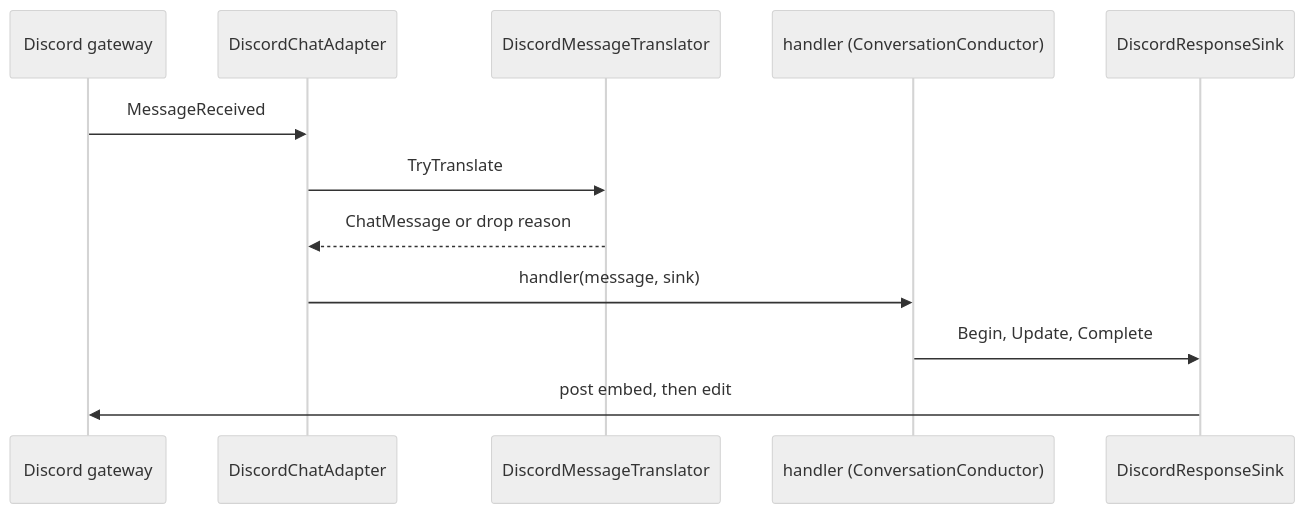
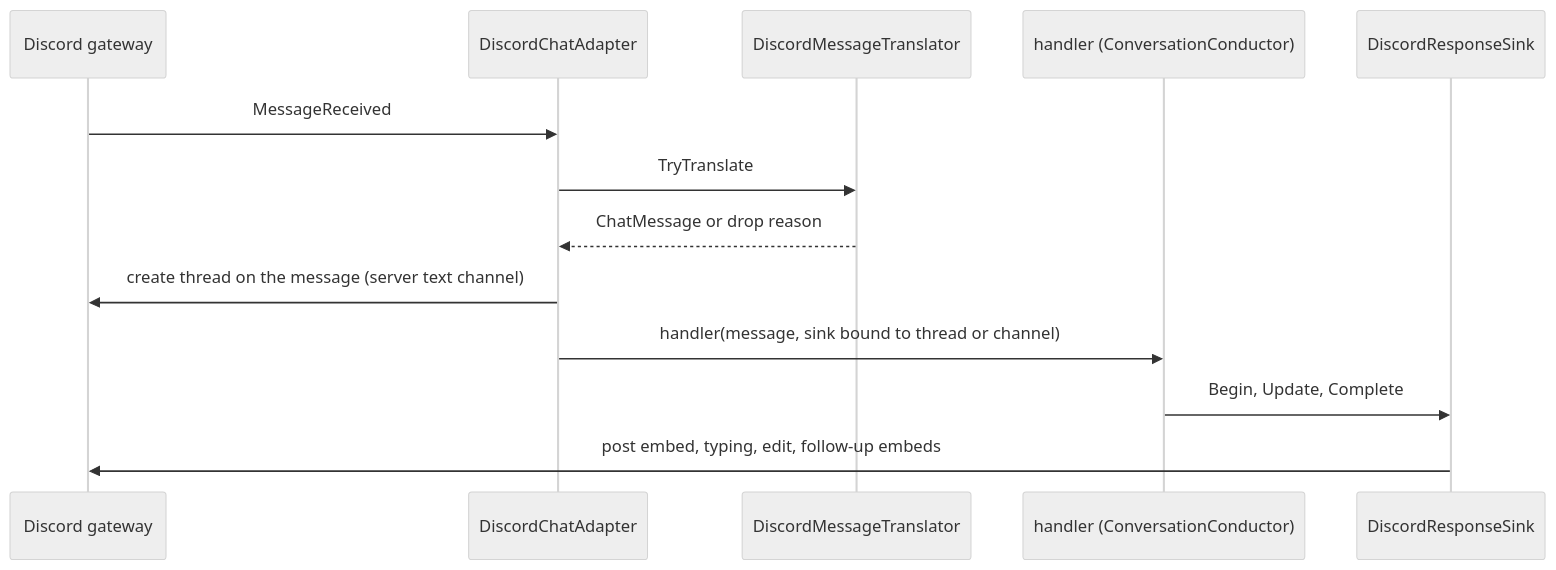
Before and after one commit to vitorafgomes/scout: the diagram in vault/pages/services/adapter-discord.md, drawn with Mermaid (neutral theme). The commit also changed other lines of this file and 195 other files, not shown here.

````diff
--- a/vault/pages/services/adapter-discord.md
+++ b/vault/pages/services/adapter-discord.md
@@ -39,14 +41,15 @@
 ```mermaid
 sequenceDiagram
     participant D as Discord gateway
     participant A as DiscordChatAdapter
     participant T as DiscordMessageTranslator
     participant H as handler (ConversationConductor)
     participant S as DiscordResponseSink
     D->>A: MessageReceived
     A->>T: TryTranslate
     T-->>A: ChatMessage or drop reason
-    A->>H: handler(message, sink)
+    A->>D: create thread on the message (server text channel)
+    A->>H: handler(message, sink bound to thread or channel)
     H->>S: Begin, Update, Complete
-    S->>D: post embed, then edit
+    S->>D: post embed, typing, edit, follow-up embeds
 ```
````
